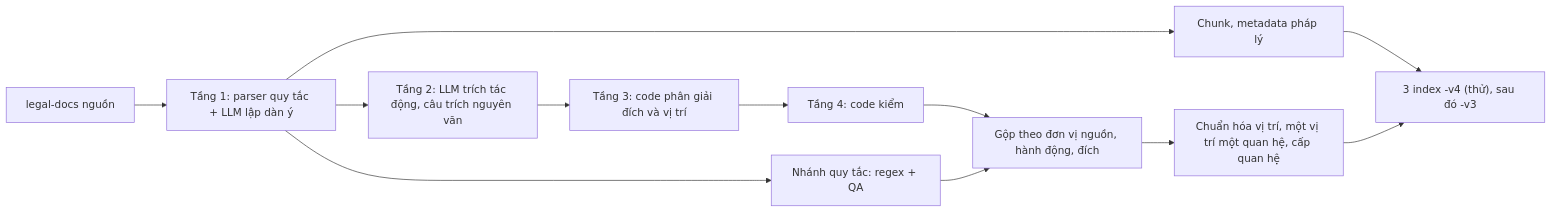
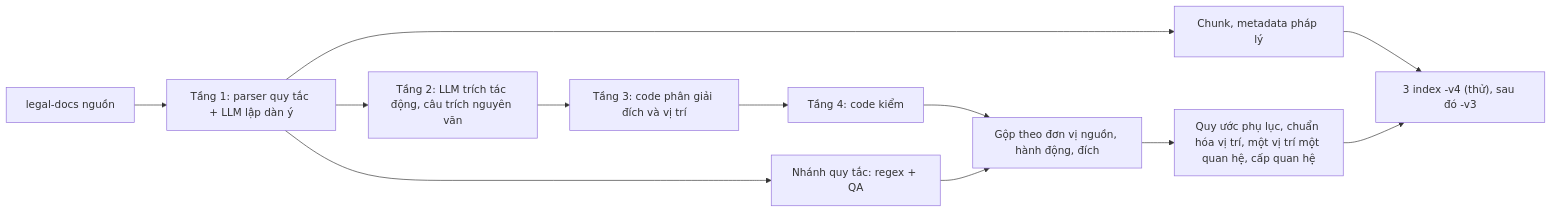
Before and after one commit to Vuminhnhat11224897/data_conversion: the third of 3 diagrams in docs/05-phien-ban-v2-v3-v4.md, drawn with Mermaid. The commit also changed other lines of this file and 15 other files, not shown here.

First line of the commit message:
docs: logic xử lý và câu hỏi LLM (12), phụ lục (13); cập nhật 01–11, README, .env.example; ignore thống kê và báo cáo một lần

````diff
--- a/docs/05-phien-ban-v2-v3-v4.md
+++ b/docs/05-phien-ban-v2-v3-v4.md
@@ -56,12 +59,12 @@
 ```mermaid
 flowchart LR
   A[legal-docs nguồn] --> B["Tầng 1: parser quy tắc + LLM lập dàn ý"]
   B --> C[Chunk, metadata pháp lý]
   B --> D["Tầng 2: LLM trích tác động, câu trích nguyên văn"]
   D --> E["Tầng 3: code phân giải đích và vị trí"]
   E --> F["Tầng 4: code kiểm"]
   B --> R[Nhánh quy tắc: regex + QA]
   F & R --> M[Gộp theo đơn vị nguồn, hành động, đích]
-  M --> P[Chuẩn hóa vị trí, một vị trí một quan hệ, cấp quan hệ]
+  M --> P[Quy ước phụ lục, chuẩn hóa vị trí, một vị trí một quan hệ, cấp quan hệ]
   C & P --> G["3 index -v4 (thử), sau đó -v3"]
 ```
````
